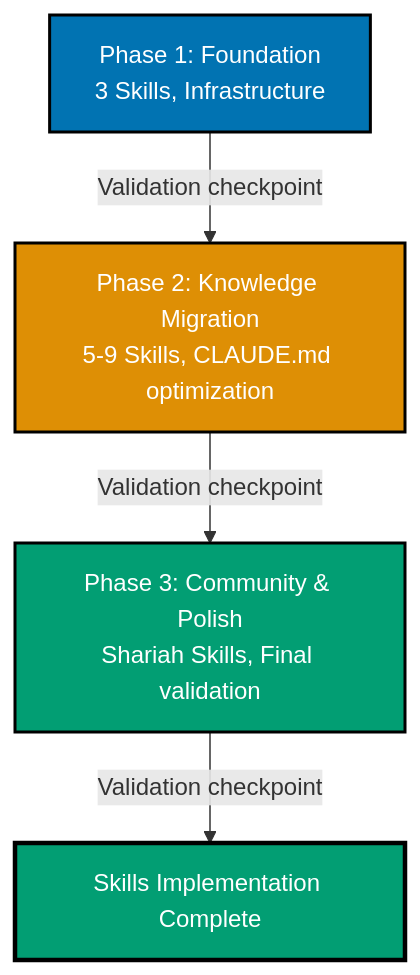
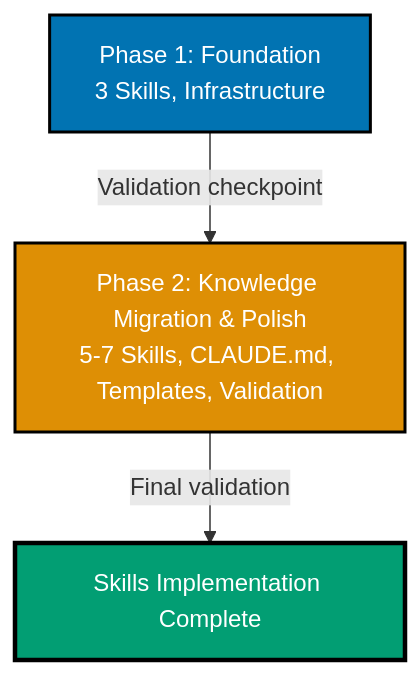
One commit to wahidyankf/open-sharia-enterprise changed the fourth of 4 diagrams in plans/backlog/2026-01-02__skills-layer-implementation/tech-docs.md. Above: the diagram before and after it, drawn with Mermaid. The commit also changed other lines of this file and 4 other files, not shown here.

First line of the commit message:
refactor(plans): simplify Skills plan to 2 phases, remove community Skills

````diff
--- a/plans/backlog/2026-01-02__skills-layer-implementation/tech-docs.md
+++ b/plans/backlog/2026-01-02__skills-layer-implementation/tech-docs.md
@@ -568,16 +548,13 @@
 ```mermaid
 %% Color Palette: Blue #0173B2, Orange #DE8F05, Teal #029E73
 graph TD
     Phase1[Phase 1: Foundation<br/>3 Skills, Infrastructure]
-    Phase2[Phase 2: Knowledge Migration<br/>5-9 Skills, CLAUDE.md optimization]
-    Phase3[Phase 3: Community & Polish<br/>Shariah Skills, Final validation]
+    Phase2[Phase 2: Knowledge Migration & Polish<br/>5-7 Skills, CLAUDE.md, Templates, Validation]
 
     Phase1 -->|Validation checkpoint| Phase2
-    Phase2 -->|Validation checkpoint| Phase3
-    Phase3 -->|Validation checkpoint| Complete[Skills Implementation Complete]
+    Phase2 -->|Final validation| Complete[Skills Implementation Complete]
 
     style Phase1 fill:#0173B2,stroke:#000000,color:#FFFFFF,stroke-width:2px
     style Phase2 fill:#DE8F05,stroke:#000000,color:#FFFFFF,stroke-width:2px
-    style Phase3 fill:#029E73,stroke:#000000,color:#FFFFFF,stroke-width:2px
     style Complete fill:#029E73,stroke:#000000,color:#FFFFFF,stroke-width:3px
 ```
````
